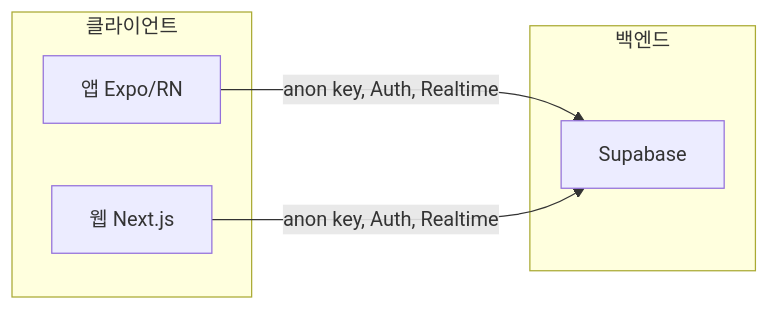
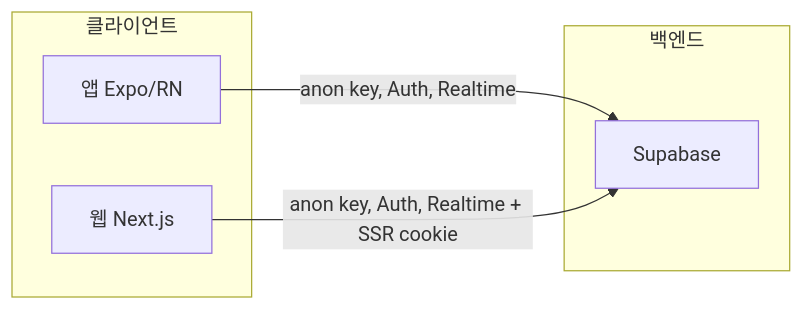
One commit to gunnysis/hermit-comm_v1 changed the first of 2 diagrams in docs/WEB_VERCEL_DESIGN.md. Above: the diagram before and after it, drawn with Mermaid. The commit also changed other lines of this file, not shown here.

First line of the commit message:
docs: WEB_VERCEL_DESIGN.md 개발환경 및 설계 전면 개선

````diff
--- a/docs/WEB_VERCEL_DESIGN.md
+++ b/docs/WEB_VERCEL_DESIGN.md
@@ -27,12 +27,12 @@
 ```mermaid
 flowchart LR
   subgraph clients [클라이언트]
     App[앱 Expo/RN]
     Web[웹 Next.js]
   end
   subgraph backend [백엔드]
     Supabase[Supabase]
   end
   App -->|anon key, Auth, Realtime| Supabase
-  Web -->|anon key, Auth, Realtime| Supabase
+  Web -->|anon key, Auth, Realtime + SSR cookie| Supabase
 ```
````
